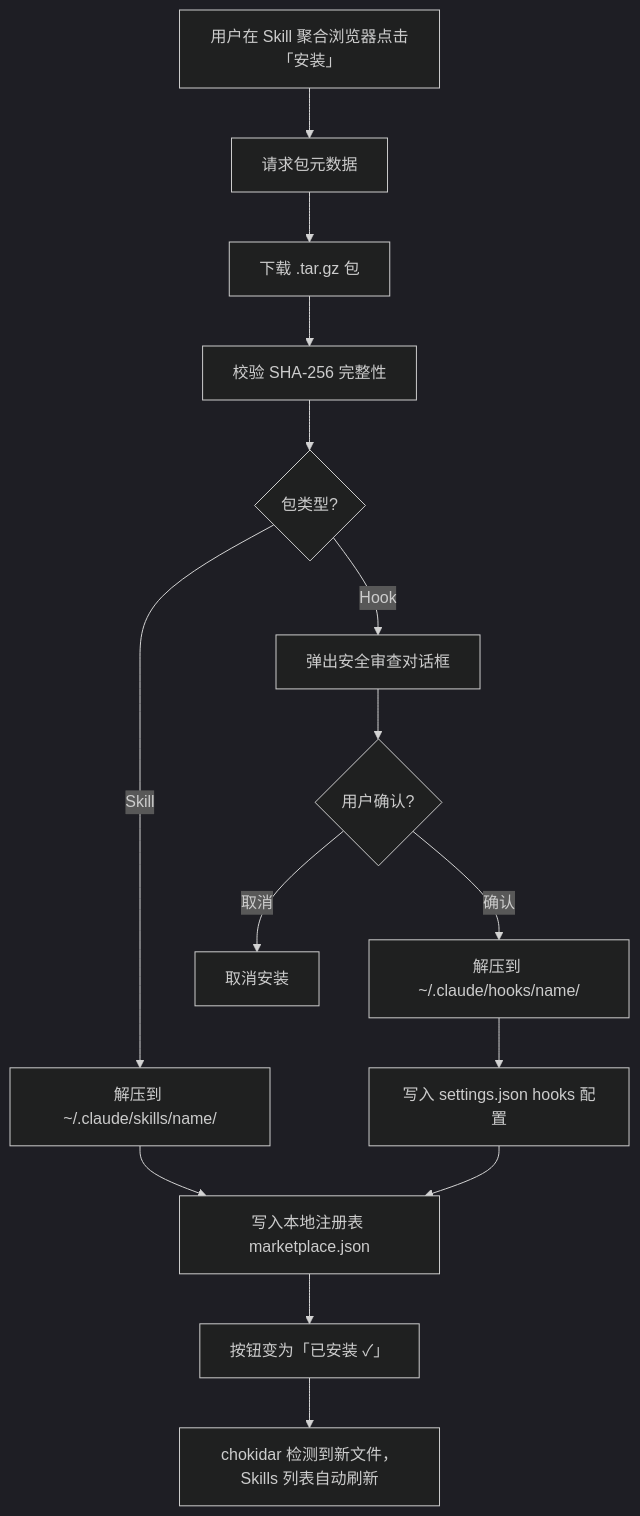
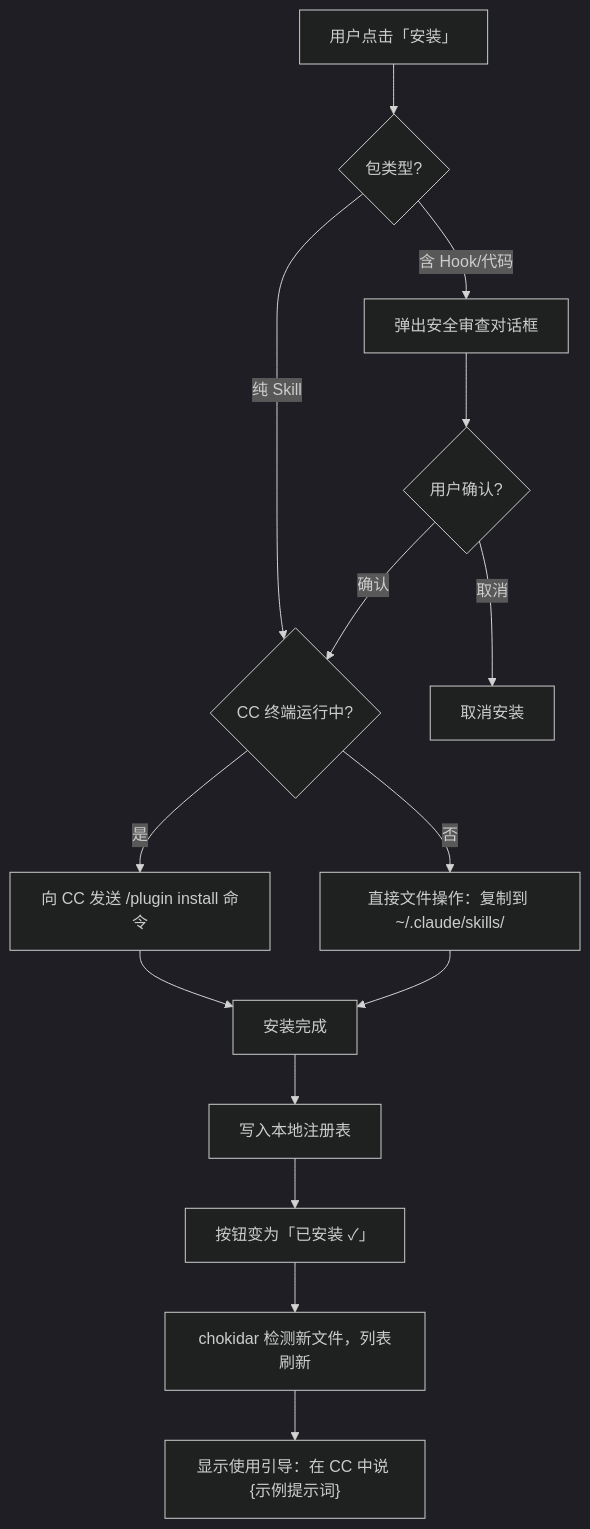
Before and after one commit to muxvo/muxvo: the fifth of 29 diagrams in PRD.md, drawn with Mermaid (dark theme). The commit also changed other lines of this file, not shown here.

First line of the commit message:
✨ feat: 完善 Skill 商城功能与发布流程

````diff
--- a/PRD.md
+++ b/PRD.md
@@ -446,17 +487,17 @@
 ```mermaid
 flowchart TD
-    A[用户在 Skill 聚合浏览器点击「安装」] --> B[请求包元数据]
-    B --> C[下载 .tar.gz 包]
-    C --> D[校验 SHA-256 完整性]
-    D --> E{包类型?}
-    E -->|Skill| F[解压到 ~/.claude/skills/name/]
-    E -->|Hook| G[弹出安全审查对话框]
-    G --> H{用户确认?}
-    H -->|确认| I[解压到 ~/.claude/hooks/name/]
-    I --> J[写入 settings.json hooks 配置]
-    H -->|取消| K[取消安装]
-    F --> L[写入本地注册表 marketplace.json]
-    J --> L
-    L --> M[按钮变为「已安装 ✓」]
-    M --> N[chokidar 检测到新文件，Skills 列表自动刷新]
+    A[用户点击「安装」] --> B{包类型?}
+    B -->|纯 Skill| C{CC 终端运行中?}
+    B -->|含 Hook/代码| D[弹出安全审查对话框]
+    D --> E{用户确认?}
+    E -->|取消| F[取消安装]
+    E -->|确认| C
+    C -->|是| G["向 CC 发送 /plugin install 命令"]
+    C -->|否| H[直接文件操作：复制到 ~/.claude/skills/]
+    G --> I[安装完成]
+    H --> I
+    I --> J[写入本地注册表]
+    J --> K["按钮变为「已安装 ✓」"]
+    K --> L["chokidar 检测新文件，列表刷新"]
+    L --> M["显示使用引导：在 CC 中说 {示例提示词}"]
 ```
````
